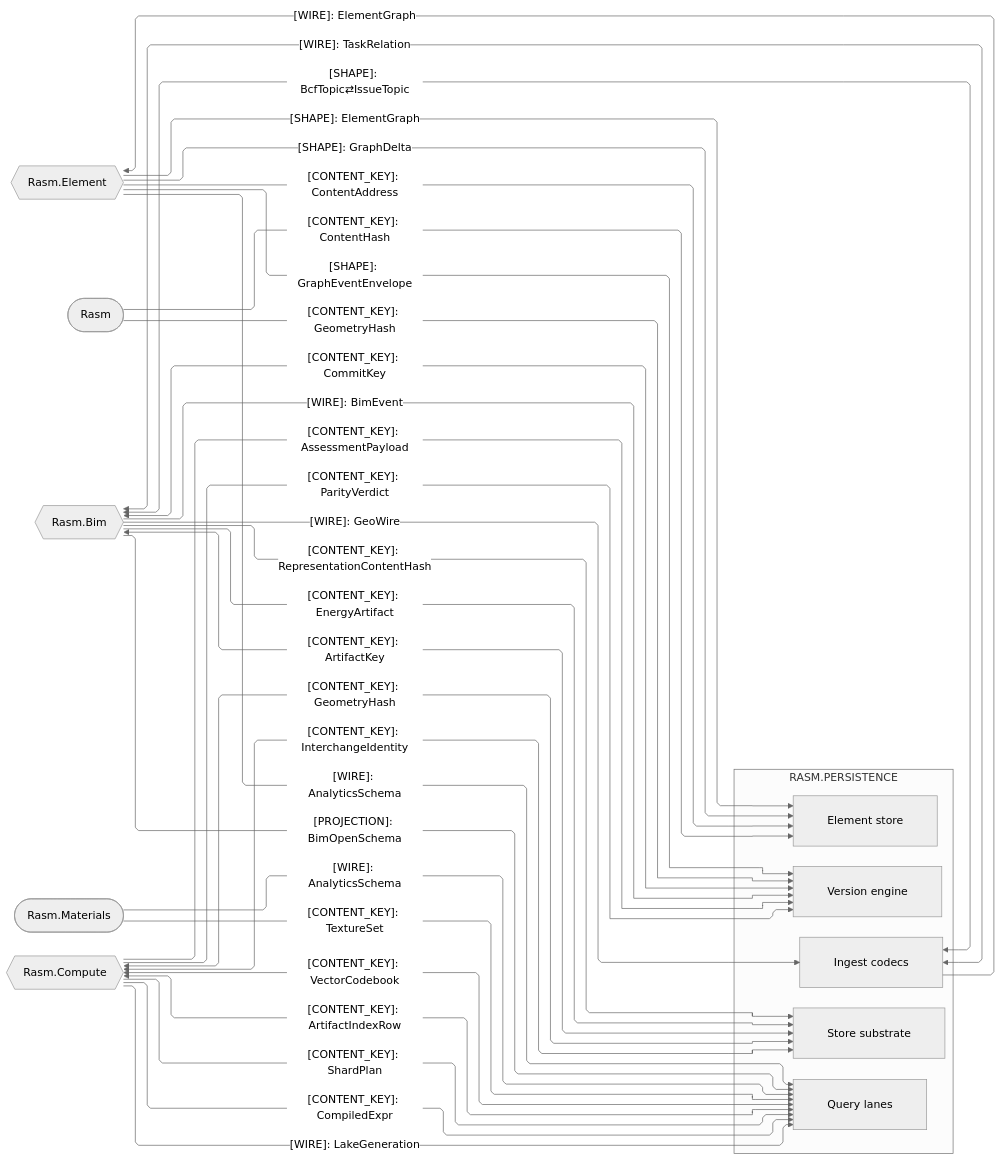
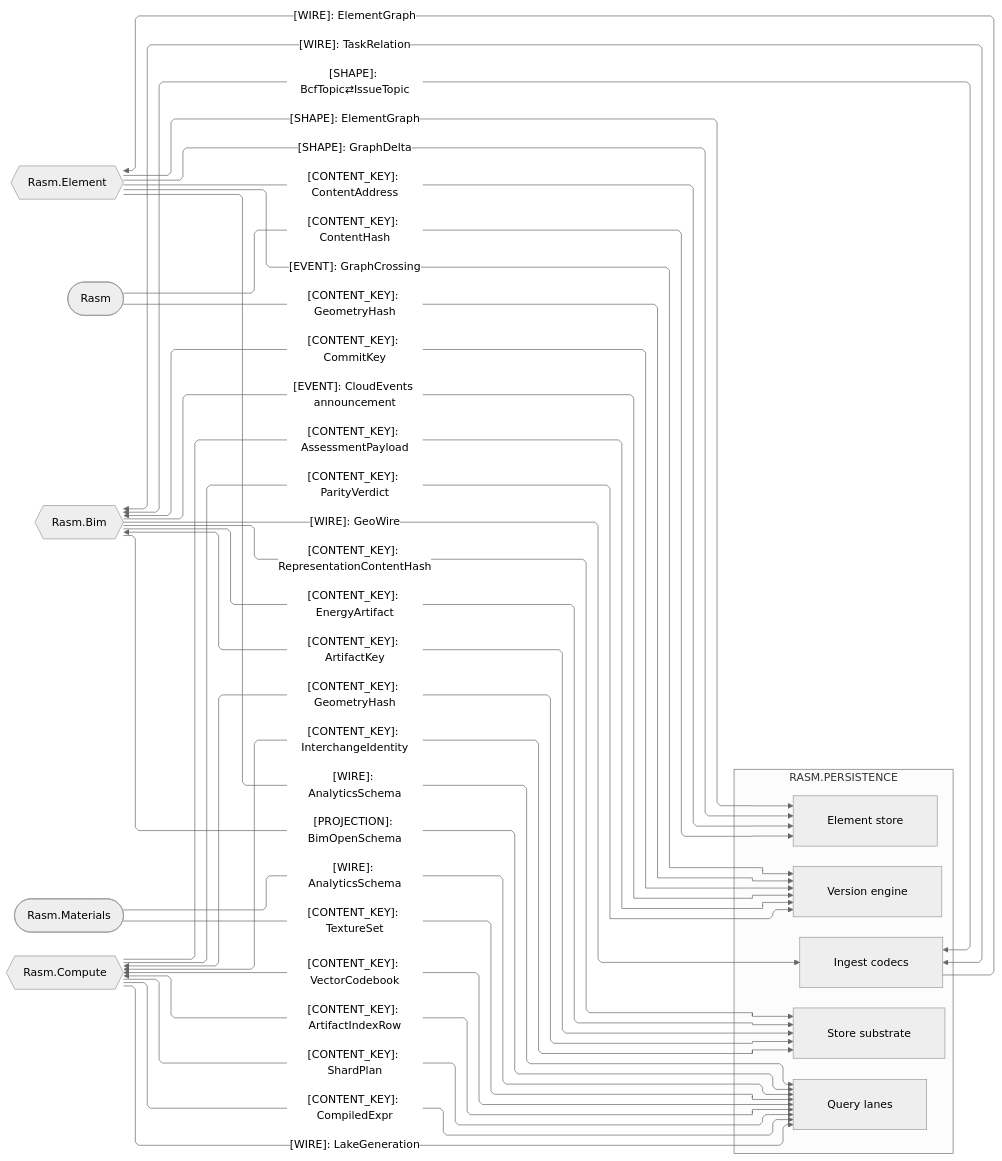
One commit to bsamiee/Rasm changed the second of 4 diagrams in libs/csharp/Rasm.Persistence/ARCHITECTURE.md. Above: the diagram before and after it, drawn with Mermaid (neutral theme). The commit also changed 509 other files, not shown here.

````diff
--- a/libs/csharp/Rasm.Persistence/ARCHITECTURE.md
+++ b/libs/csharp/Rasm.Persistence/ARCHITECTURE.md
@@ -99,52 +99,52 @@
 ```mermaid
 ---
 config:
   layout: elk
   flowchart:
     curve: linear
     padding: 25
 ---
 flowchart LR
     accTitle: Persistence domain and kernel content seams
     accDescr: Persistence sub-domain owners exchanging shapes, content keys, wires, and projections with the kernel and every AEC peer.
     subgraph persistence[RASM.PERSISTENCE]
         Element[Element store]
         Version[Version engine]
         Query[Query lanes]
         Ingest[Ingest codecs]
         Store[Store substrate]
     end
     RasmElement{{Rasm.Element}}
     Rasm([Rasm])
     Bim{{Rasm.Bim}}
     Materials([Rasm.Materials])
     Compute{{Rasm.Compute}}
     RasmElement e1@-->|"[SHAPE]: ElementGraph"| Element
     RasmElement e12@-->|"[SHAPE]: GraphDelta"| Element
     RasmElement e13@-->|"[CONTENT_KEY]: ContentAddress"| Element
-    RasmElement e25@-->|"[SHAPE]: GraphEventEnvelope"| Version
+    RasmElement e25@-->|"[EVENT]: GraphCrossing"| Version
     Ingest e2@-->|"[WIRE]: ElementGraph"| RasmElement
     Rasm e3@-->|"[CONTENT_KEY]: ContentHash"| Element
     Rasm e4@-->|"[CONTENT_KEY]: GeometryHash"| Version
     Bim e5@-->|"[PROJECTION]: BimOpenSchema"| Query
     Bim e6@-->|"[CONTENT_KEY]: RepresentationContentHash"| Store
     Bim e15@-->|"[CONTENT_KEY]: EnergyArtifact"| Store
     Bim e16@<-->|"[CONTENT_KEY]: ArtifactKey"| Store
     Bim e17@<-->|"[CONTENT_KEY]: CommitKey"| Version
-    Bim e18@-->|"[WIRE]: BimEvent"| Version
+    Bim e18@-->|"[EVENT]: CloudEvents announcement"| Version
     Ingest e7@<-->|"[WIRE]: TaskRelation"| Bim
     Bim e14@-->|"[WIRE]: GeoWire"| Ingest
     Ingest e30@<-->|"[SHAPE]: BcfTopic⇄IssueTopic"| Bim
     RasmElement e27@-->|"[WIRE]: AnalyticsSchema"| Query
     Materials e19@-->|"[WIRE]: AnalyticsSchema"| Query
     Materials e28@-->|"[CONTENT_KEY]: TextureSet"| Query
     Compute e8@-->|"[CONTENT_KEY]: AssessmentPayload"| Version
     Compute e29@-->|"[CONTENT_KEY]: ParityVerdict"| Version
     Compute e9@<-->|"[CONTENT_KEY]: VectorCodebook"| Query
     Compute e10@<-->|"[CONTENT_KEY]: ArtifactIndexRow"| Query
     Compute e20@-->|"[CONTENT_KEY]: ShardPlan"| Query
     Compute e21@-->|"[CONTENT_KEY]: CompiledExpr"| Query
     Compute e11@<-->|"[CONTENT_KEY]: GeometryHash"| Store
     Compute e22@<-->|"[CONTENT_KEY]: InterchangeIdentity"| Store
     Compute e26@-->|"[WIRE]: LakeGeneration"| Query
 ```
````
